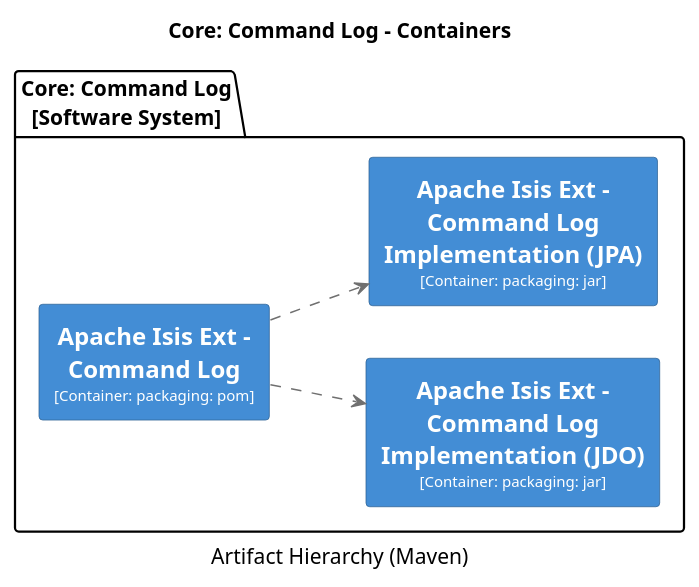
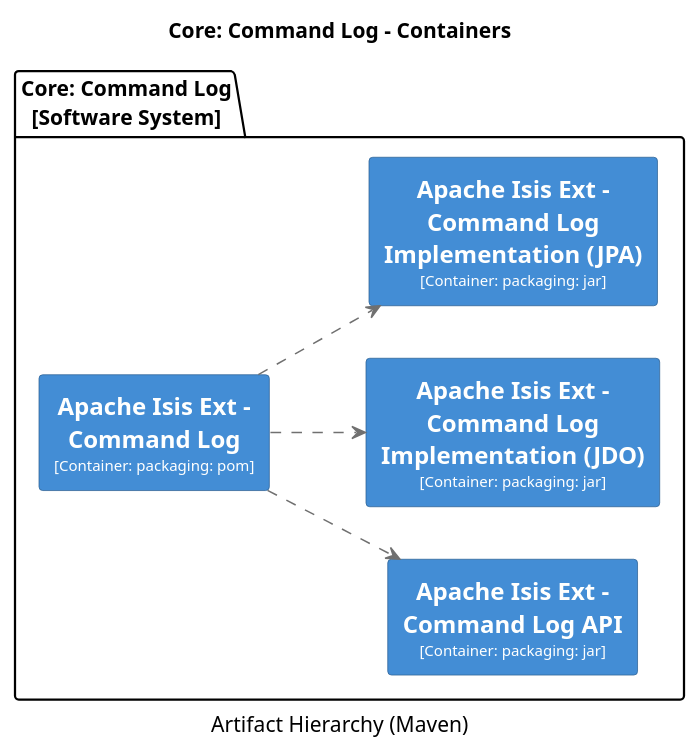
One commit to apache/causeway changed diagram 25 of 38 in core/adoc/modules/_overview/pages/about.adoc. Above: the diagram before and after it, drawn with PlantUML. The commit also changed other lines of this file and 135 other files, not shown here.

```diff
--- a/core/adoc/modules/_overview/pages/about.adoc
+++ b/core/adoc/modules/_overview/pages/about.adoc
@@ -4414,39 +4365,46 @@
 [plantuml,Core: Command Log,svg]
 ----
 @startuml(id=Core:_Command_Log)
 title Core: Command Log - Containers
 caption Artifact Hierarchy (Maven)
 
 skinparam {
   shadowing false
   arrowFontSize 10
   defaultTextAlignment center
   wrapWidth 200
   maxMessageSize 100
 }
 hide stereotype
 left to right direction
 skinparam rectangle<<2>> {
   BackgroundColor #438dd5
   FontColor #fffffe
   BorderColor #2E6295
 }
 skinparam rectangle<<3>> {
   BackgroundColor #438dd5
   FontColor #fffffe
   BorderColor #2E6295
 }
 skinparam rectangle<<4>> {
   BackgroundColor #438dd5
   FontColor #fffffe
   BorderColor #2E6295
 }
+skinparam rectangle<<5>> {
+  BackgroundColor #438dd5
+  FontColor #fffffe
+  BorderColor #2E6295
+}
 package "Core: Command Log\n[Software System]" {
   rectangle "==Apache Isis Ext - Command Log\n<size:10>[Container: packaging: pom]</size>" <<2>> as 2
-  rectangle "==Apache Isis Ext - Command Log Implementation (JDO)\n<size:10>[Container: packaging: jar]</size>" <<3>> as 3
-  rectangle "==Apache Isis Ext - Command Log Implementation (JPA)\n<size:10>[Container: packaging: jar]</size>" <<4>> as 4
+  rectangle "==Apache Isis Ext - Command Log API\n<size:10>[Container: packaging: jar]</size>" <<3>> as 3
+  rectangle "==Apache Isis Ext - Command Log Implementation (JDO)\n<size:10>[Container: packaging: jar]</size>" <<4>> as 4
+  rectangle "==Apache Isis Ext - Command Log Implementation (JPA)\n<size:10>[Container: packaging: jar]</size>" <<5>> as 5
 }
 2 .[#707070].> 3 : ""
 2 .[#707070].> 4 : ""
+2 .[#707070].> 5 : ""
 @enduml
 ----
```
